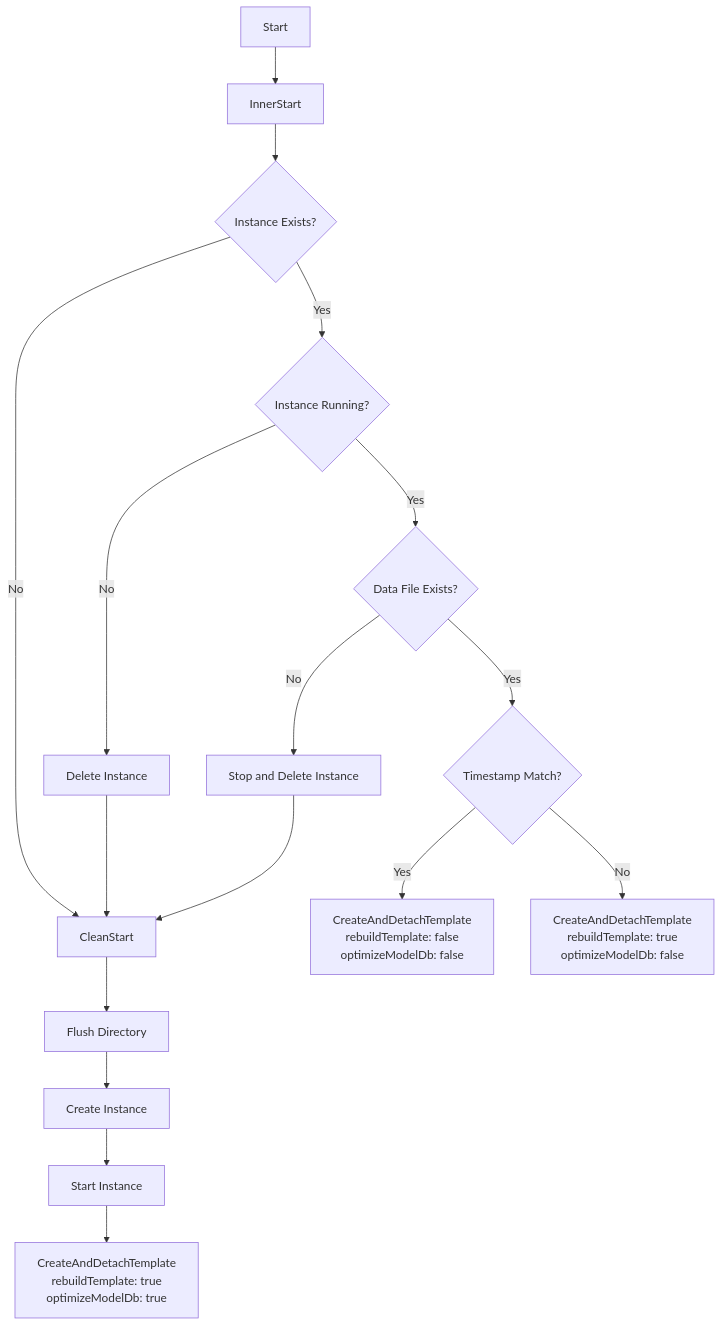
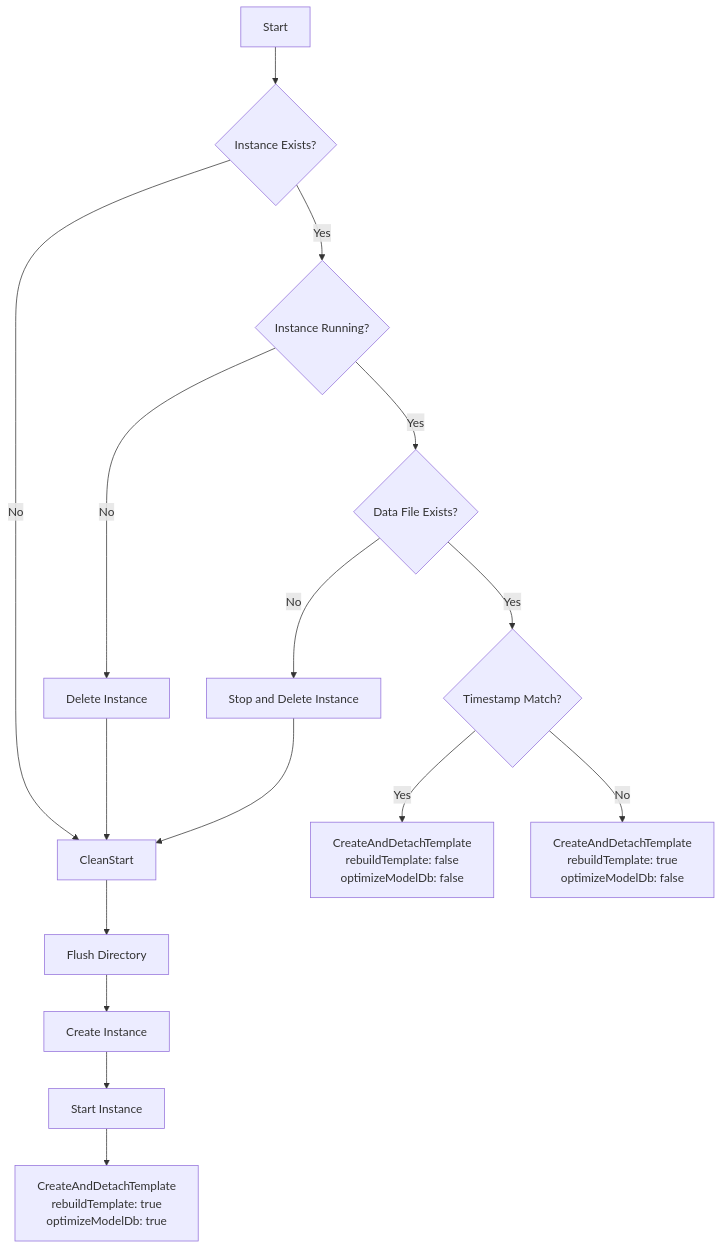
Before and after one commit to SimonCropp/LocalDb: the first of 4 diagrams in docs/mdsource/workflow.md, drawn with Mermaid. The commit also changed other lines of this file, not shown here.

````diff
--- a/docs/mdsource/workflow.md
+++ b/docs/mdsource/workflow.md
@@ -7,27 +7,26 @@
 ```mermaid
 flowchart TD
-    start[Start] --> innerStart[InnerStart]
-    innerStart --> checkExists{Instance Exists?}
+    start[Start] --> checkExists{Instance Exists?}
 
     checkExists -->|No| cleanStart[CleanStart]
     checkExists -->|Yes| checkRunning{Instance Running?}
 
     checkRunning -->|No| deleteInstance[Delete Instance]
     deleteInstance --> cleanStart
 
     checkRunning -->|Yes| checkDataFile{Data File Exists?}
 
     checkDataFile -->|No| stopAndDelete[Stop and Delete Instance]
     stopAndDelete --> cleanStart
 
     checkDataFile -->|Yes| checkTimestamp{Timestamp Match?}
 
     checkTimestamp -->|Yes| createNoRebuild[CreateAndDetachTemplate<br/>rebuildTemplate: false<br/>optimizeModelDb: false]
 
     checkTimestamp -->|No| createRebuild[CreateAndDetachTemplate<br/>rebuildTemplate: true<br/>optimizeModelDb: false]
 
     cleanStart --> flushDir[Flush Directory]
     flushDir --> createInstance[Create Instance]
     createInstance --> startInstance[Start Instance]
     startInstance --> createFull[CreateAndDetachTemplate<br/>rebuildTemplate: true<br/>optimizeModelDb: true]
 ```
````
